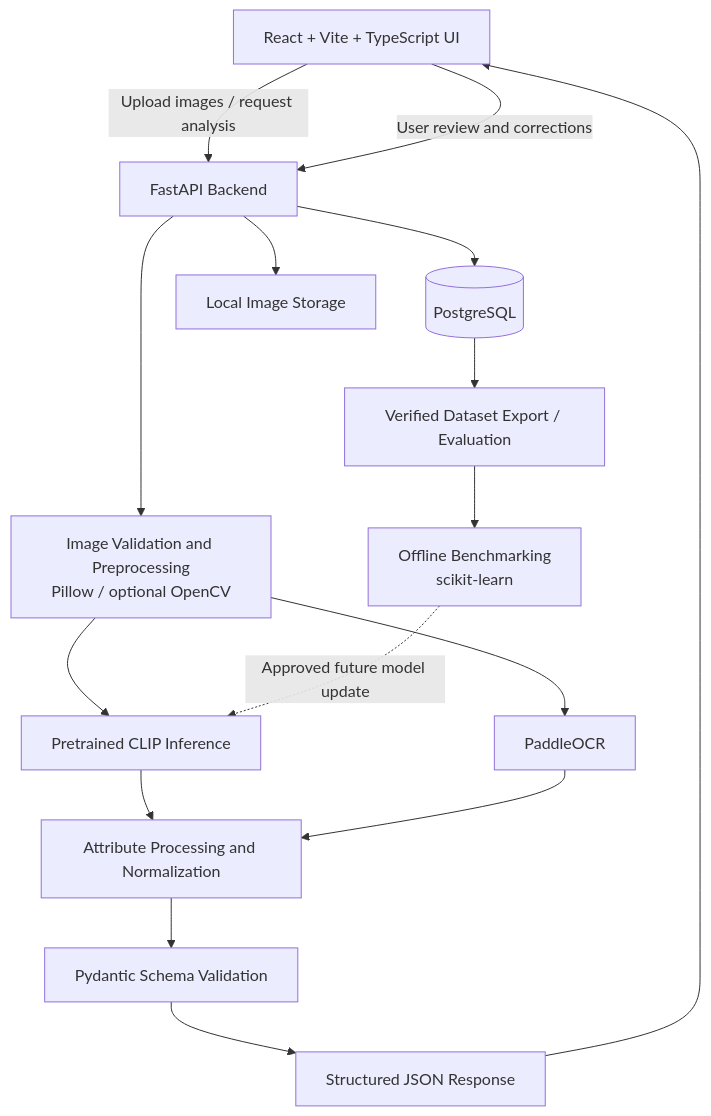
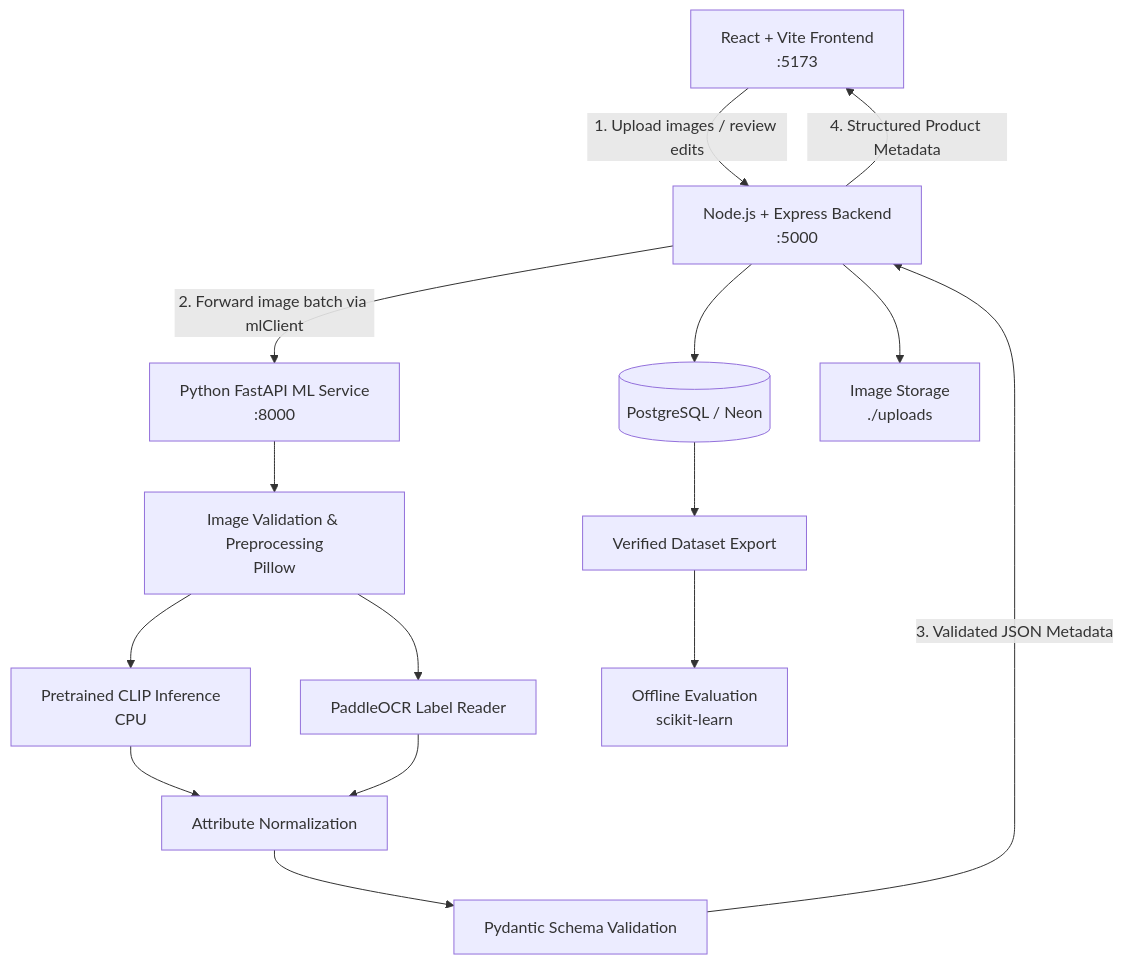
Before and after one commit to sakalesha/Attribrix_AI: the diagram in context/Architecture.md, drawn with Mermaid. The commit also changed other lines of this file and 58 other files, not shown here.

Commit message:
feat(scaffold): initialize Phase 1 3-tier architecture (frontend, backend, ml, scripts)

````diff
--- a/context/Architecture.md
+++ b/context/Architecture.md
@@ -28,18 +30,17 @@
 ```mermaid
 flowchart TD
-    A[React + Vite + TypeScript UI] -->|Upload images / request analysis| B[FastAPI Backend]
-    B --> C[Image Validation and Preprocessing\nPillow / optional OpenCV]
-    C --> D[Pretrained CLIP Inference]
-    C --> E[PaddleOCR]
-    D --> F[Attribute Processing and Normalization]
-    E --> F
-    F --> G[Pydantic Schema Validation]
-    G --> H[Structured JSON Response]
-    H --> A
-    A -->|User review and corrections| B
-    B --> I[(PostgreSQL)]
-    B --> J[Local Image Storage]
-    I --> K[Verified Dataset Export / Evaluation]
-    K --> L[Offline Benchmarking\nscikit-learn]
-    L -. Approved future model update .-> D
+    A[React + Vite Frontend\n:5173] -->|1. Upload images / review edits| B[Node.js + Express Backend\n:5000]
+    B -->|2. Forward image batch via mlClient| C[Python FastAPI ML Service\n:8000]
+    C --> D[Image Validation & Preprocessing\nPillow]
+    D --> E[Pretrained CLIP Inference\nCPU]
+    D --> F[PaddleOCR Label Reader]
+    E --> G[Attribute Normalization]
+    F --> G
+    G --> H[Pydantic Schema Validation]
+    H -->|3. Validated JSON Metadata| B
+    B --> I[(PostgreSQL / Neon)]
+    B --> J[Image Storage\n./uploads]
+    B -->|4. Structured Product Metadata| A
+    I --> K[Verified Dataset Export]
+    K --> L[Offline Evaluation\nscikit-learn]
 ```
````
